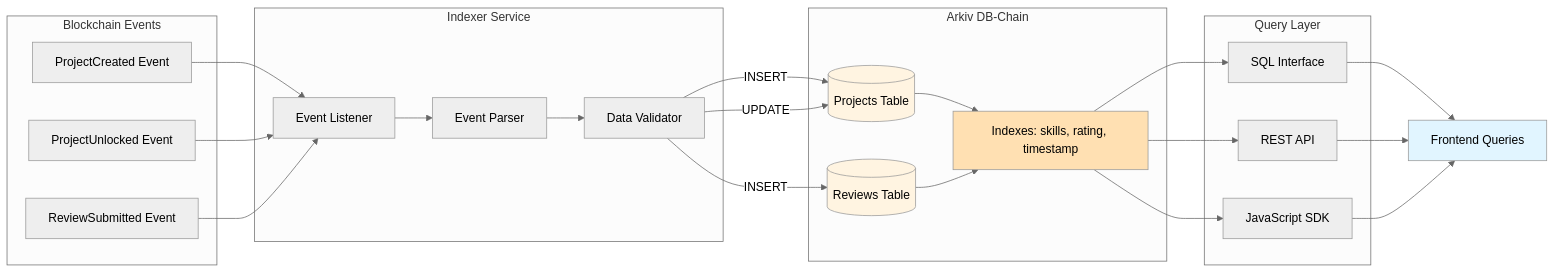
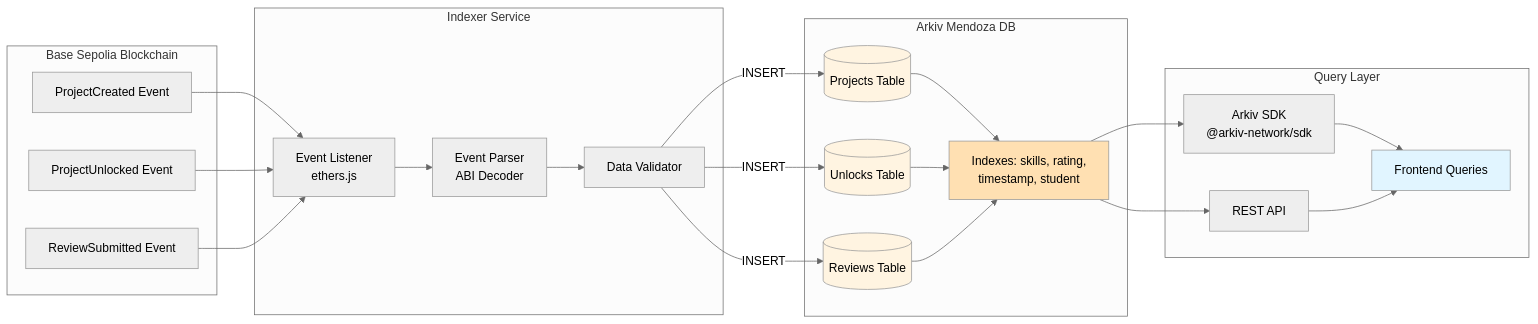
Before and after one commit to MarxMad/Sub0Polk: the fourth of 6 diagrams in README.md, drawn with Mermaid (neutral theme). The commit also changed other lines of this file, not shown here.

````diff
--- a/README.md
+++ b/README.md
@@ -161,53 +226,54 @@
 ```mermaid
 flowchart LR
-    subgraph "Blockchain Events"
+    subgraph "Base Sepolia Blockchain"
         E1[ProjectCreated Event]
         E2[ProjectUnlocked Event]
         E3[ReviewSubmitted Event]
     end
 
     subgraph "Indexer Service"
-        Listener[Event Listener]
-        Parser[Event Parser]
+        Listener[Event Listener<br/>ethers.js]
+        Parser[Event Parser<br/>ABI Decoder]
         Validator[Data Validator]
     end
 
-    subgraph "Arkiv DB-Chain"
+    subgraph "Arkiv Mendoza DB"
         ProjectsTable[(Projects Table)]
+        UnlocksTable[(Unlocks Table)]
         ReviewsTable[(Reviews Table)]
-        Indexes[Indexes: skills, rating, timestamp]
+        Indexes[Indexes: skills, rating,<br/>timestamp, student]
     end
 
     subgraph "Query Layer"
-        SQL[SQL Interface]
+        SDK[Arkiv SDK<br/>@arkiv-network/sdk]
         API[REST API]
-        SDK[JavaScript SDK]
+        Frontend[Frontend Queries]
     end
 
     E1 --> Listener
     E2 --> Listener
     E3 --> Listener
 
     Listener --> Parser
     Parser --> Validator
 
     Validator -->|INSERT| ProjectsTable
-    Validator -->|UPDATE| ProjectsTable
+    Validator -->|INSERT| UnlocksTable
     Validator -->|INSERT| ReviewsTable
 
     ProjectsTable --> Indexes
+    UnlocksTable --> Indexes
     ReviewsTable --> Indexes
 
-    Indexes --> SQL
+    Indexes --> SDK
     Indexes --> API
-    Indexes --> SDK
 
-    SQL --> Frontend[Frontend Queries]
+    SDK --> Frontend
     API --> Frontend
-    SDK --> Frontend
 
     style ProjectsTable fill:#fff4e1
+    style UnlocksTable fill:#fff4e1
     style ReviewsTable fill:#fff4e1
     style Indexes fill:#ffe0b2
     style Frontend fill:#e1f5ff
 ```
````
